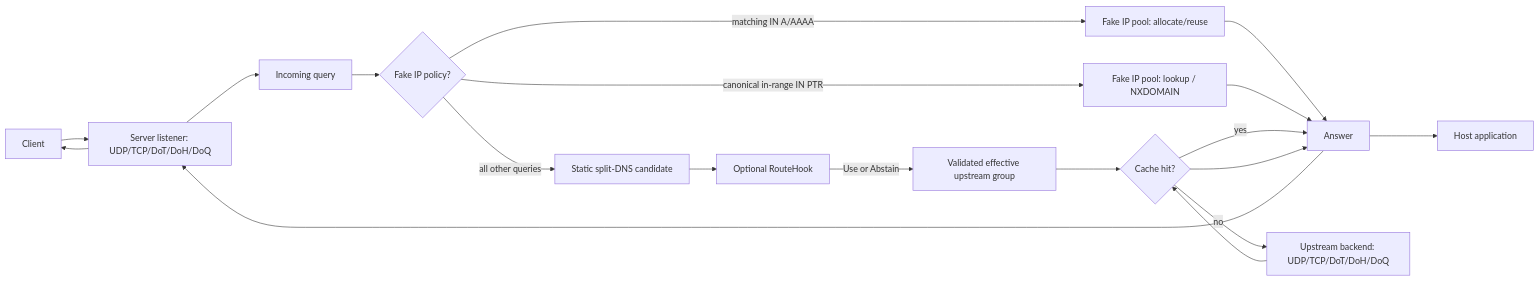
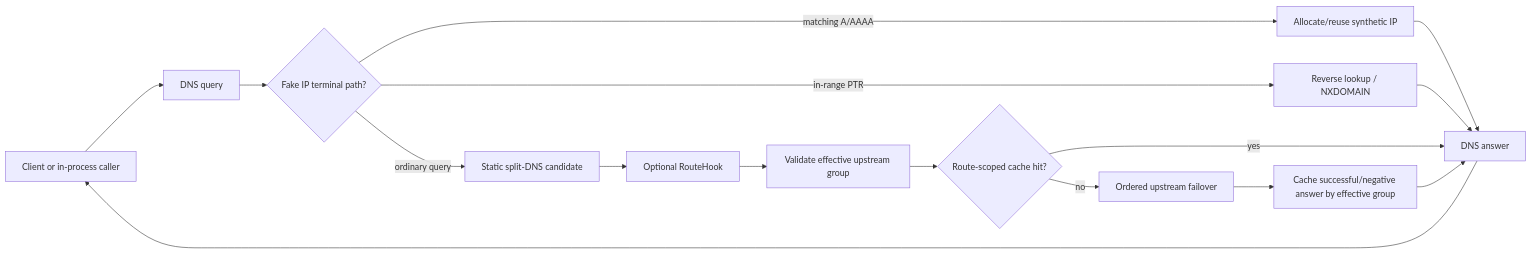
One commit to F000NKKK/dns-lattice changed the diagram in ARCHITECTURE.md. Above: the diagram before and after it, drawn with Mermaid. The commit also changed other lines of this file, not shown here.

Commit message:
docs: reconcile architecture through stage 0.6

````diff
--- a/ARCHITECTURE.md
+++ b/ARCHITECTURE.md
@@ -140,21 +116,18 @@
 ```mermaid
 flowchart LR
-    Client[Client] --> Listener[Server listener: UDP/TCP/DoT/DoH/DoQ]
-    Listener --> Query[Incoming query]
-    Query --> FakePolicy{Fake IP policy?}
-    FakePolicy -->|matching IN A/AAAA| FakeIP[Fake IP pool: allocate/reuse]
-    FakePolicy -->|canonical in-range IN PTR| Reverse[Fake IP pool: lookup / NXDOMAIN]
-    FakeIP --> Answer[Answer]
-    Reverse --> Answer
-    FakePolicy -->|all other queries| Match[Static split-DNS candidate]
-    Match --> Hook[Optional RouteHook]
-    Hook -->|Use or Abstain| Route[Validated effective upstream group]
-    Route --> Cache{Cache hit?}
-    Cache -->|yes| Answer[Answer]
-    Cache -->|no| Upstream[Upstream backend: UDP/TCP/DoT/DoH/DoQ]
-    Upstream --> Cache
-    Cache --> Answer
-    Answer --> Host[Host application]
-    Answer --> Listener
-    Listener --> Client
+    Client[Client or in-process caller] --> Query[DNS query]
+    Query --> Fake{Fake IP terminal path?}
+    Fake -->|matching A/AAAA| FakeAlloc[Allocate/reuse synthetic IP]
+    Fake -->|in-range PTR| FakeReverse[Reverse lookup / NXDOMAIN]
+    FakeAlloc --> Answer[DNS answer]
+    FakeReverse --> Answer
+    Fake -->|ordinary query| Static[Static split-DNS candidate]
+    Static --> Hook[Optional RouteHook]
+    Hook --> Validate[Validate effective upstream group]
+    Validate --> Cache{Route-scoped cache hit?}
+    Cache -->|yes| Answer
+    Cache -->|no| Upstream[Ordered upstream failover]
+    Upstream --> CacheStore[Cache successful/negative answer by effective group]
+    CacheStore --> Answer
+    Answer --> Client
 ```
````
